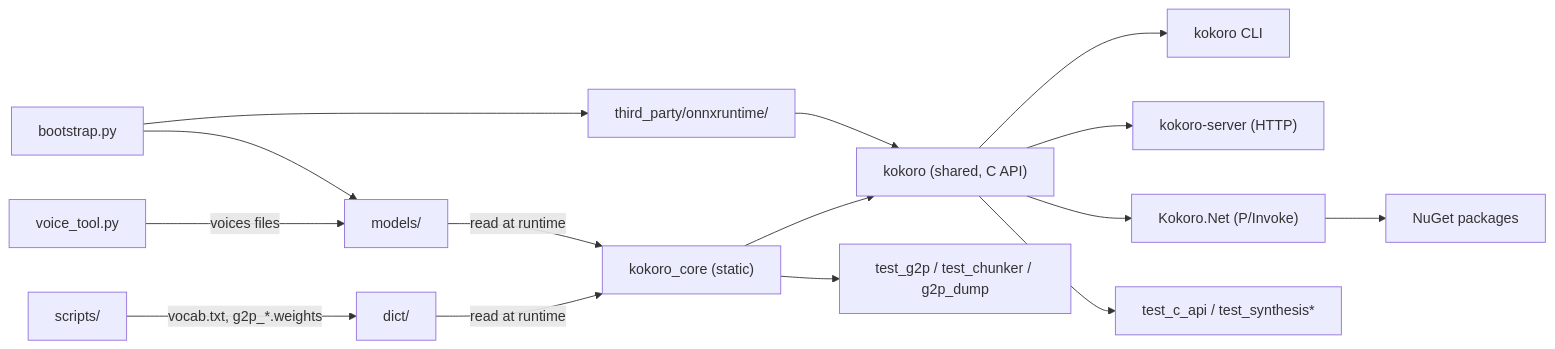
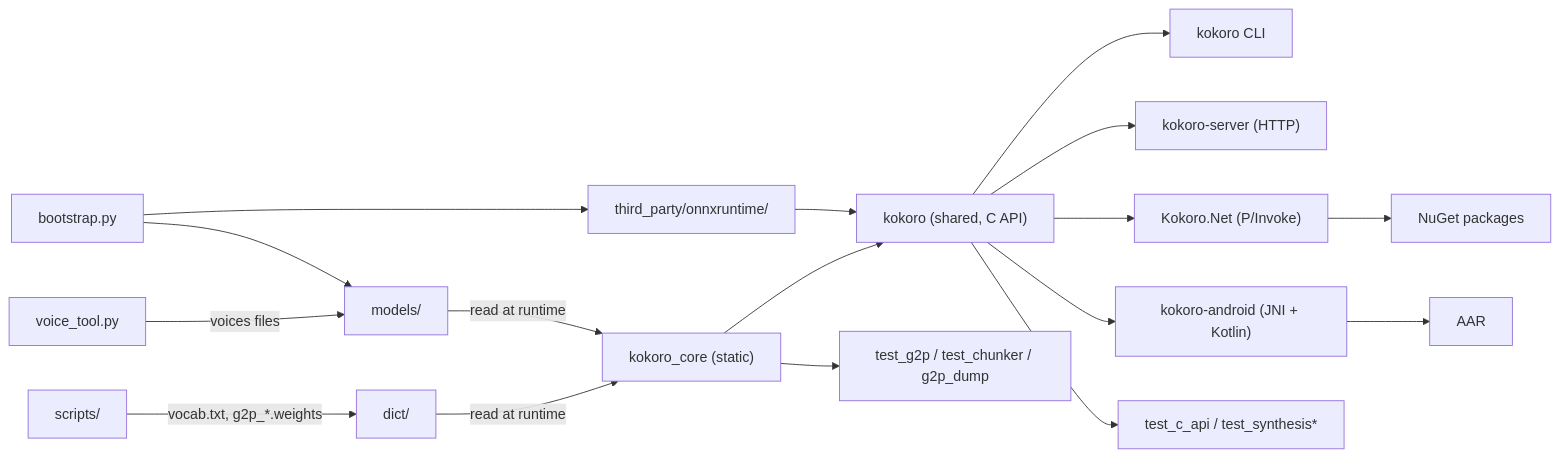
The first of 2 diagrams in ARCHITECTURE.md (koth/kokoro.cpp), drawn with Mermaid before and after one commit. The commit also changed other lines of this file and 24 other files, not shown here.

First line of the commit message:
Add Android library (kokoro-android AAR)

````diff
--- a/ARCHITECTURE.md
+++ b/ARCHITECTURE.md
@@ -22,16 +22,17 @@
 ```mermaid
 flowchart LR
     bootstrap["bootstrap.py"] --> ort["third_party/onnxruntime/"]
     bootstrap --> models["models/"]
     voicetool["voice_tool.py"] -->|"voices files"| models
     scripts["scripts/"] -->|"vocab.txt, g2p_*.weights"| dict["dict/"]
     core["kokoro_core (static)"] --> lib["kokoro (shared, C API)"]
     lib --> cli["kokoro CLI"]
     lib --> server["kokoro-server (HTTP)"]
     lib --> dotnet["Kokoro.Net (P/Invoke)"] --> nuget["NuGet packages"]
+    lib --> android["kokoro-android (JNI + Kotlin)"] --> aar["AAR"]
     core --> coretests["test_g2p / test_chunker / g2p_dump"]
     lib --> libtests["test_c_api / test_synthesis*"]
     models -->|"read at runtime"| core
     dict -->|"read at runtime"| core
     ort --> lib
 ```
````
